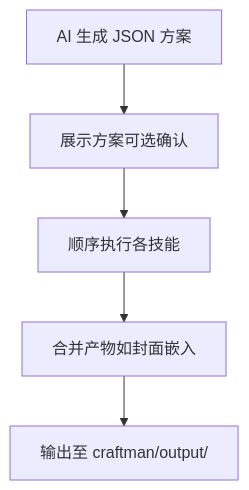
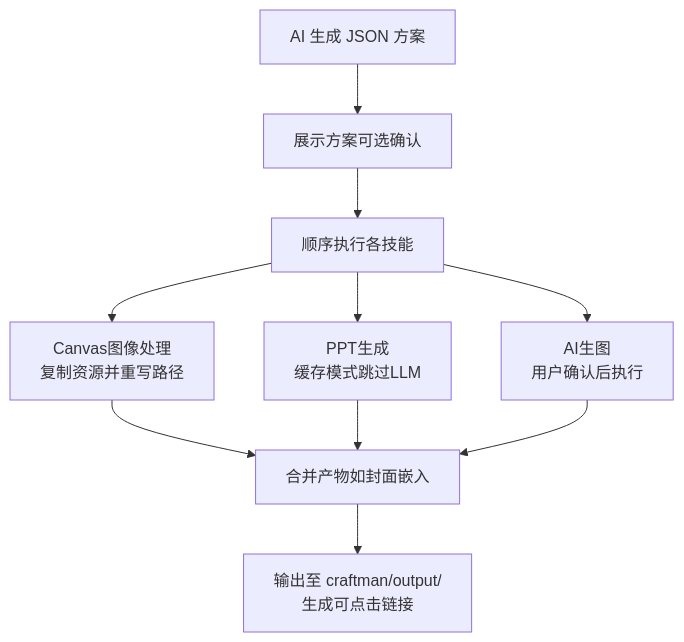
One commit to swond-Mao/Tiffa changed the ninth of 10 diagrams in .qoder/repowiki/zh/content/技能系统/其他专业技能.md. Above: the diagram before and after it, drawn with Mermaid. The commit also changed other lines of this file and 359 other files, not shown here.

````diff
--- a/.qoder/repowiki/zh/content/技能系统/其他专业技能.md
+++ b/.qoder/repowiki/zh/content/技能系统/其他专业技能.md
@@ -333,7 +357,12 @@
 ```mermaid
 flowchart TD
 Plan["AI 生成 JSON 方案"] --> Show["展示方案可选确认"]
 Show --> Exec["顺序执行各技能"]
-Exec --> Merge["合并产物如封面嵌入"]
-Merge --> Output["输出至 craftman/output/"]
+Exec --> Canvas["Canvas图像处理<br/>复制资源并重写路径"]
+Exec --> Pptgen["PPT生成<br/>缓存模式跳过LLM"]
+Exec --> ComfyUI["AI生图<br/>用户确认后执行"]
+Canvas --> Merge["合并产物如封面嵌入"]
+Pptgen --> Merge
+ComfyUI --> Merge
+Merge --> Output["输出至 craftman/output/<br/>生成可点击链接"]
 ```
````
